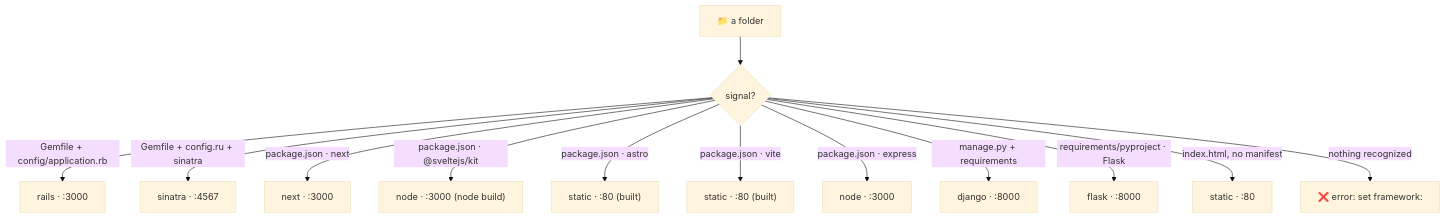
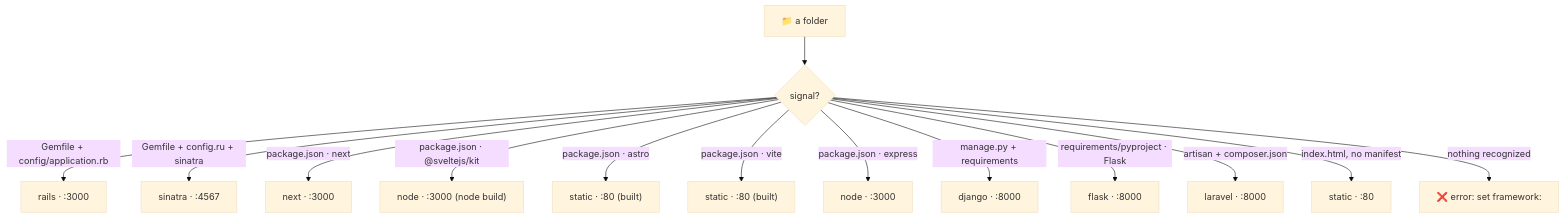
Before and after one commit to cdrrazan/Roost: the fourth of 5 diagrams in README.md, drawn with Mermaid (base theme). The commit also changed other lines of this file and 9 other files, not shown here.

First line of the commit message:
feat(detect): detect Laravel (PHP) and complete the framework ROADMAP item

````diff
--- a/README.md
+++ b/README.md
@@ -209,15 +209,16 @@
 ```mermaid
 flowchart TD
     P["📁 a folder"] --> S{signal?}
     S -->|"Gemfile + config/application.rb"| R["rails · :3000"]
     S -->|"Gemfile + config.ru + sinatra"| SI["sinatra · :4567"]
     S -->|"package.json · next"| N["next · :3000"]
     S -->|"package.json · @sveltejs/kit"| SK["node · :3000 (node build)"]
     S -->|"package.json · astro"| AS["static · :80 (built)"]
     S -->|"package.json · vite"| V["static · :80 (built)"]
     S -->|"package.json · express"| NO["node · :3000"]
     S -->|"manage.py + requirements"| D["django · :8000"]
     S -->|"requirements/pyproject · Flask"| FL["flask · :8000"]
+    S -->|"artisan + composer.json"| LV["laravel · :8000"]
     S -->|"index.html, no manifest"| ST["static · :80"]
     S -->|"nothing recognized"| E["❌ error: set framework:"]
 ```
````
